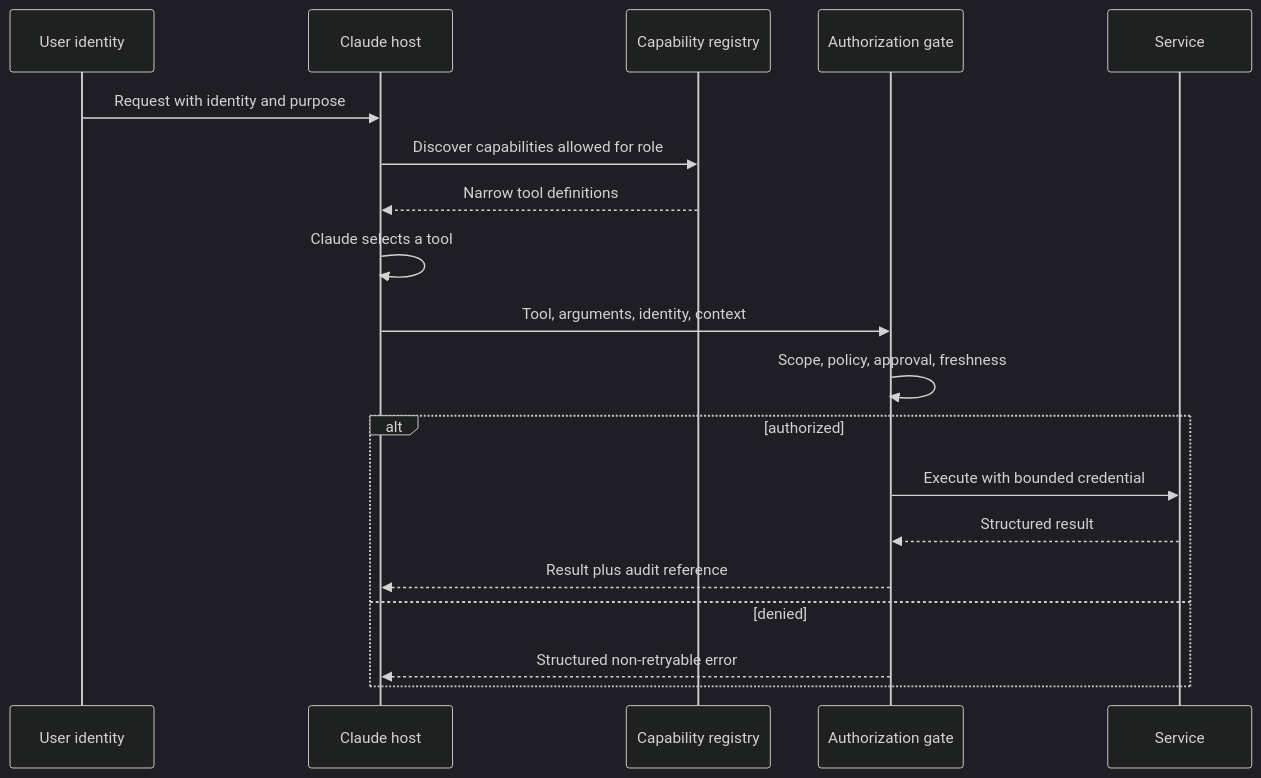
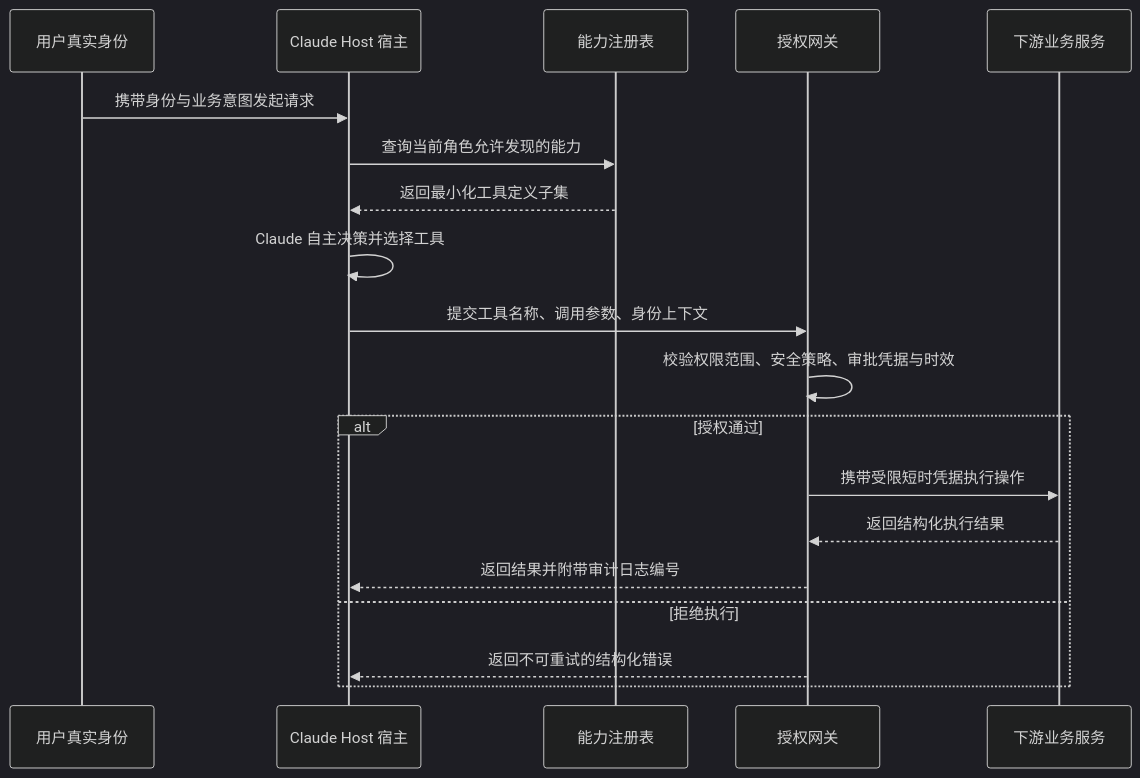
The diagram in certifications/claude/lessons/25-integration-protocols-identity-and-least-privilege/docs/en.md (cluster1900/ai-engineering-from-scratch-zh), drawn with Mermaid (dark theme) before and after one commit. The commit also changed other lines of this file and 187 other files, not shown here.

````diff
--- a/certifications/claude/lessons/25-integration-protocols-identity-and-least-privilege/docs/en.md
+++ b/certifications/claude/lessons/25-integration-protocols-identity-and-least-privilege/docs/en.md
@@ -58,21 +45,21 @@
 ```mermaid
 sequenceDiagram
-    participant U as User identity
-    participant H as Claude host
-    participant R as Capability registry
-    participant G as Authorization gate
-    participant S as Service
-    U->>H: Request with identity and purpose
-    H->>R: Discover capabilities allowed for role
-    R-->>H: Narrow tool definitions
-    H->>H: Claude selects a tool
-    H->>G: Tool, arguments, identity, context
-    G->>G: Scope, policy, approval, freshness
-    alt authorized
-        G->>S: Execute with bounded credential
-        S-->>G: Structured result
-        G-->>H: Result plus audit reference
-    else denied
-        G-->>H: Structured non-retryable error
+    participant U as 用户真实身份
+    participant H as Claude Host 宿主
+    participant R as 能力注册表
+    participant G as 授权网关
+    participant S as 下游业务服务
+    U->>H: 携带身份与业务意图发起请求
+    H->>R: 查询当前角色允许发现的能力
+    R-->>H: 返回最小化工具定义子集
+    H->>H: Claude 自主决策并选择工具
+    H->>G: 提交工具名称、调用参数、身份上下文
+    G->>G: 校验权限范围、安全策略、审批凭据与时效
+    alt 授权通过
+        G->>S: 携带受限短时凭据执行操作
+        S-->>G: 返回结构化执行结果
+        G-->>H: 返回结果并附带审计日志编号
+    else 拒绝执行
+        G-->>H: 返回不可重试的结构化错误
     end
 ```
````
